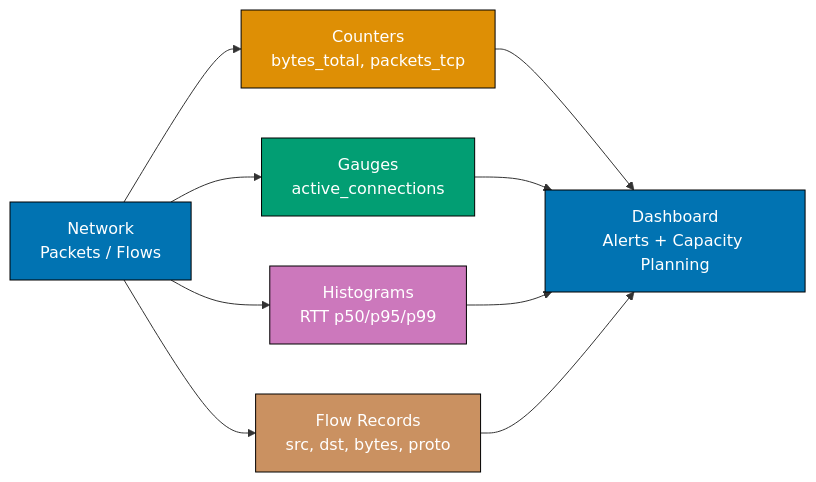
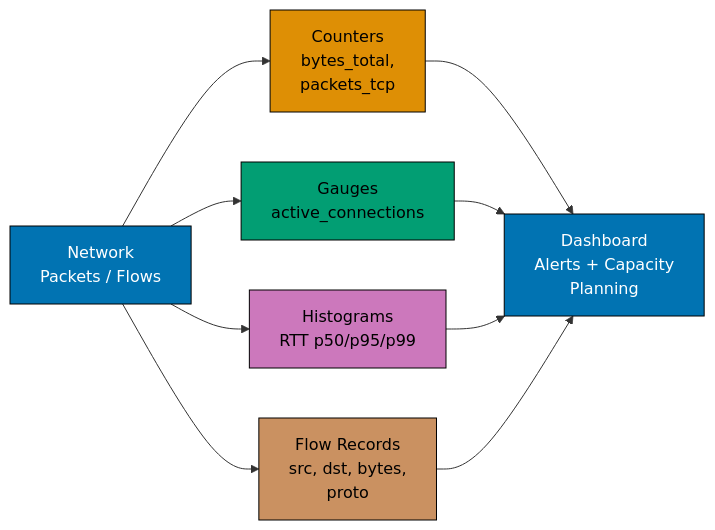
Before and after one commit to wahidyankf/ose-public: the eighth of 12 diagrams in apps/ayokoding-www/content/en/learn/legacy/software-engineering/networking/by-example/advanced.md, drawn with Mermaid. The commit also changed other lines of this file and 78 other files, not shown here.

First line of the commit message:
fix(mermaid): bring the remaining legacy software-engineering diagrams onto the accessible palette

````diff
--- a/apps/ayokoding-www/content/en/learn/legacy/software-engineering/networking/by-example/advanced.md
+++ b/apps/ayokoding-www/content/en/learn/legacy/software-engineering/networking/by-example/advanced.md
@@ -1562,26 +1616,34 @@
 ```mermaid
 %% Color Palette: Blue #0173B2, Orange #DE8F05, Teal #029E73, Purple #CC78BC, Brown #CA9161
 graph LR
+    accTitle: Example 71: Network Observability — Metrics, Flow Data
+    accDescr: Graph with 6 nodes and 8 connections. Nodes: Network Packets / Flows, Counters bytes_total, packets_tcp, Gauges active_connections, Histograms RTT p50/p95/p99, Flow Records src, dst, bytes, proto, Dashboard Alerts + Capacity Planning. Connections: Network Packets / Flows to Counters bytes_total, packets_tcp, Network Packets / Flows to Gauges active_connections, Network Packets / Flows to Histograms RTT p50/p95/p99, Network Packets / Flows to Flow Records src, dst, bytes, proto, Counters bytes_total, packets_tcp to Dashboard Alerts + Capacity Planning, Gauges active_connections to Dashboard Alerts + Capacity Planning, Histograms RTT p50/p95/p99 to Dashboard Alerts + Capacity Planning, Flow Records src, dst, bytes, proto to Dashboard Alerts + Capacity Planning.
     NET["Network<br/>Packets / Flows"]
-    CNT["Counters<br/>bytes_total, packets_tcp"]
+    CNT["Counters<br/>bytes_total,<br/>packets_tcp"]
     GAU["Gauges<br/>active_connections"]
     HIS["Histograms<br/>RTT p50/p95/p99"]
-    FLW["Flow Records<br/>src, dst, bytes, proto"]
-    DASH["Dashboard<br/>Alerts + Capacity Planning"]
+    FLW["Flow Records<br/>src, dst, bytes,<br/>proto"]
+    DASH["Dashboard<br/>Alerts + Capacity<br/>Planning"]
 
     NET --> CNT
     NET --> GAU
     NET --> HIS
     NET --> FLW
     CNT --> DASH
     GAU --> DASH
     HIS --> DASH
     FLW --> DASH
 
-    style NET fill:#0173B2,stroke:#000,color:#fff
-    style CNT fill:#DE8F05,stroke:#000,color:#fff
-    style GAU fill:#029E73,stroke:#000,color:#fff
-    style HIS fill:#CC78BC,stroke:#000,color:#fff
-    style FLW fill:#CA9161,stroke:#000,color:#fff
-    style DASH fill:#0173B2,stroke:#000,color:#fff
+    classDef pal-0173B2 fill:#0173B2,stroke:#000000,color:#FFFFFF
+    class NET pal-0173B2
+    classDef pal-DE8F05 fill:#DE8F05,stroke:#000000,color:#000000
+    class CNT pal-DE8F05
+    classDef pal-029E73 fill:#029E73,stroke:#000000,color:#000000
+    class GAU pal-029E73
+    classDef pal-CC78BC fill:#CC78BC,stroke:#000000,color:#000000
+    class HIS pal-CC78BC
+    classDef pal-CA9161 fill:#CA9161,stroke:#000000,color:#000000
+    class FLW pal-CA9161
+    class DASH pal-0173B2
+    classDef default fill:#FFFFFF,stroke:#000000,color:#000000
 ```
````
